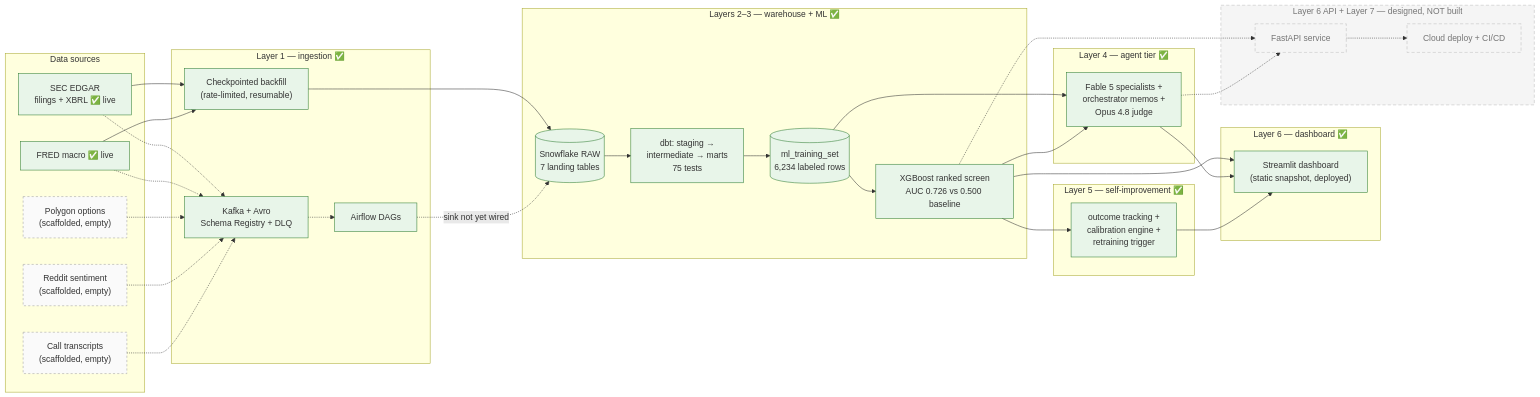
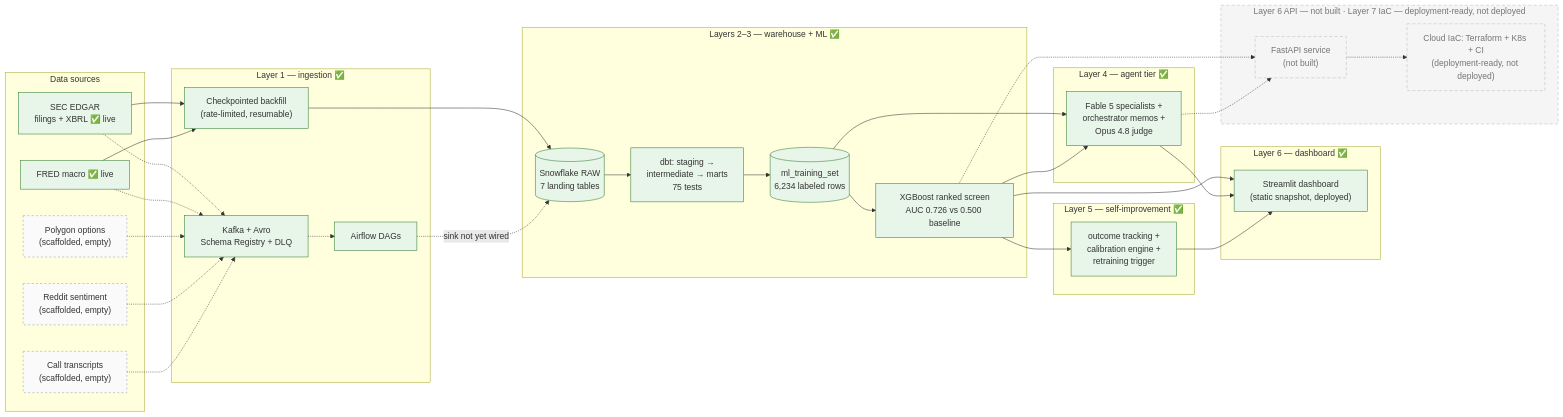
The diagram in README.md (bhavyaupadhyayy/EDGAR-X), drawn with Mermaid before and after one commit. The commit also changed other lines of this file and 24 other files, not shown here.

First line of the commit message:
Layer 7: deployment-ready infrastructure as code (not deployed)

````diff
--- a/README.md
+++ b/README.md
@@ -34,66 +34,66 @@
 ```mermaid
 flowchart LR
     subgraph sources["Data sources"]
         EDGAR["SEC EDGAR<br/>filings + XBRL ✅ live"]
         FRED["FRED macro ✅ live"]
         OPT["Polygon options<br/>(scaffolded, empty)"]
         SENT["Reddit sentiment<br/>(scaffolded, empty)"]
         TRAN["Call transcripts<br/>(scaffolded, empty)"]
     end
 
     subgraph ingest["Layer 1 — ingestion ✅"]
         KAFKA["Kafka + Avro<br/>Schema Registry + DLQ"]
         AIRFLOW["Airflow DAGs"]
         BACKFILL["Checkpointed backfill<br/>(rate-limited, resumable)"]
     end
 
     subgraph warehouse["Layers 2–3 — warehouse + ML ✅"]
         RAW[("Snowflake RAW<br/>7 landing tables")]
         DBT["dbt: staging →<br/>intermediate → marts<br/>75 tests"]
         MLSET[("ml_training_set<br/>6,234 labeled rows")]
         XGB["XGBoost ranked screen<br/>AUC 0.726 vs 0.500 baseline"]
     end
 
     subgraph agents_l4["Layer 4 — agent tier ✅"]
         AGENTS["Fable 5 specialists +<br/>orchestrator memos +<br/>Opus 4.8 judge"]
     end
 
     subgraph selfimprove_l5["Layer 5 — self-improvement ✅"]
         CALIB["outcome tracking +<br/>calibration engine +<br/>retraining trigger"]
     end
 
     subgraph dash_l6["Layer 6 — dashboard ✅"]
         DASH["Streamlit dashboard<br/>(static snapshot, deployed)"]
     end
 
-    subgraph planned["Layer 6 API + Layer 7 — designed, NOT built"]
-        API["FastAPI service"]
-        DEPLOY["Cloud deploy + CI/CD"]
+    subgraph planned["Layer 6 API — not built · Layer 7 IaC — deployment-ready, not deployed"]
+        API["FastAPI service<br/>(not built)"]
+        DEPLOY["Cloud IaC: Terraform + K8s + CI<br/>(deployment-ready, not deployed)"]
     end
 
     EDGAR --> BACKFILL --> RAW
     FRED --> BACKFILL
     EDGAR -.-> KAFKA
     FRED -.-> KAFKA
     OPT -.-> KAFKA
     SENT -.-> KAFKA
     TRAN -.-> KAFKA
     KAFKA -.-> AIRFLOW
     AIRFLOW -. "sink not yet wired" .-> RAW
     RAW --> DBT --> MLSET --> XGB
     MLSET --> AGENTS
     XGB --> AGENTS
     XGB --> CALIB
     XGB --> DASH
     AGENTS --> DASH
     CALIB --> DASH
     XGB -.-> API
     AGENTS -.-> API -.-> DEPLOY
 
     classDef live fill:#e8f5e9,stroke:#2e7d32
     classDef empty fill:#fafafa,stroke:#9e9e9e,stroke-dasharray:4 4
     classDef future fill:#f5f5f5,stroke:#bdbdbd,stroke-dasharray:6 4,color:#757575
     class EDGAR,FRED,KAFKA,AIRFLOW,BACKFILL,RAW,DBT,MLSET,XGB,AGENTS,CALIB,DASH live
     class OPT,SENT,TRAN empty
     class API,DEPLOY,planned future
 ```
````
